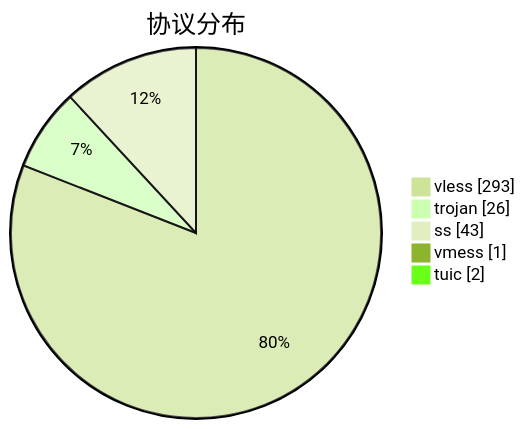
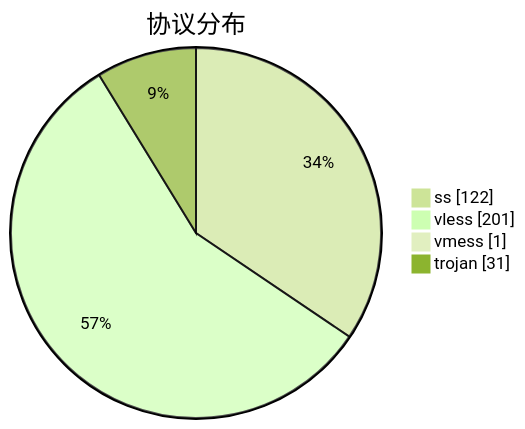
One commit to qjlxg/airport changed the third of 3 diagrams in subs/statistics/tested_within.md. Above: the diagram before and after it, drawn with Mermaid (forest theme). The commit also changed other lines of this file and 2 other files, not shown here.

````diff
--- a/subs/statistics/tested_within.md
+++ b/subs/statistics/tested_within.md
@@ -28,9 +35,8 @@
 ```mermaid
 pie showData
 title 协议分布
-"vless" : 293
-"trojan" : 26
-"ss" : 43
+"ss" : 122
+"vless" : 201
 "vmess" : 1
-"tuic" : 2
+"trojan" : 31
 ```
````
